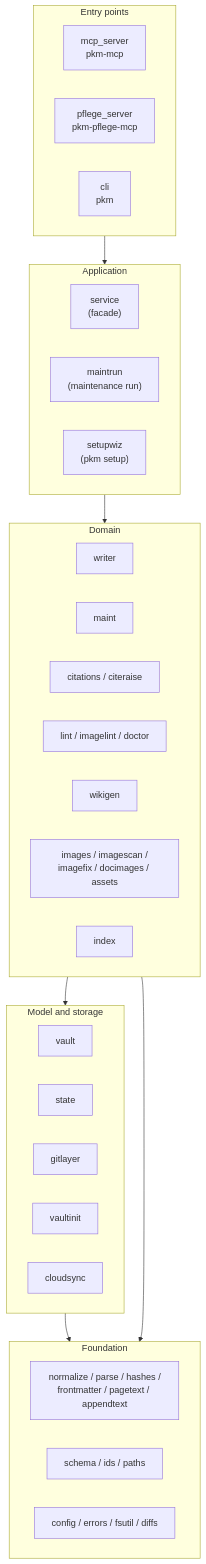
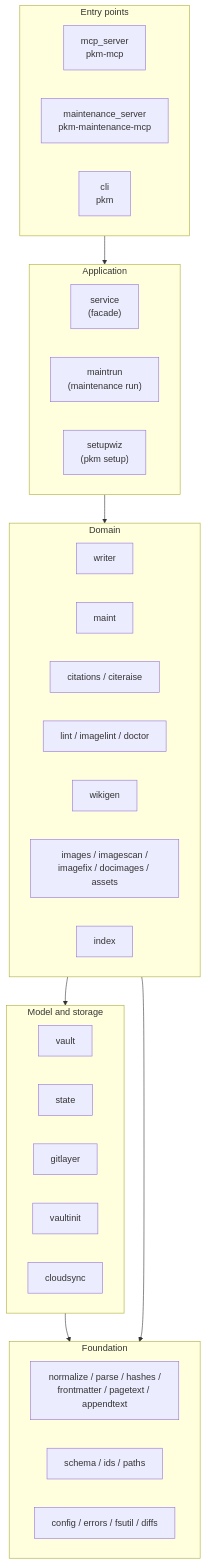
One commit to achim0x/pkm-llm-wiki changed the eighth of 22 diagrams in docs/architecture.md. Above: the diagram before and after it, drawn with Mermaid. The commit also changed other lines of this file and 19 other files, not shown here.

First line of the commit message:
Rename the maintenance server to English: pkm-maintenance

````diff
--- a/docs/architecture.md
+++ b/docs/architecture.md
@@ -448,44 +448,44 @@
 ```mermaid
 flowchart TB
     subgraph EP["Entry points"]
         direction LR
         mcp_server["mcp_server<br/>pkm-mcp"]
-        pflege_server["pflege_server<br/>pkm-pflege-mcp"]
+        maintenance_server["maintenance_server<br/>pkm-maintenance-mcp"]
         cli["cli<br/>pkm"]
     end
     subgraph APP["Application"]
         direction LR
         service["service<br/>(facade)"]
         maintrun["maintrun<br/>(maintenance run)"]
         setupwiz["setupwiz<br/>(pkm setup)"]
     end
     subgraph DOM["Domain"]
         direction LR
         writer["writer"]
         maint["maint"]
         citations["citations / citeraise"]
         lint["lint / imagelint / doctor"]
         wikigen["wikigen"]
         img["images / imagescan /<br/>imagefix / docimages / assets"]
         index["index"]
     end
     subgraph MODEL["Model and storage"]
         direction LR
         vault["vault"]
         state["state"]
         gitlayer["gitlayer"]
         vaultinit["vaultinit"]
         cloudsync["cloudsync"]
     end
     subgraph BASE["Foundation"]
         direction LR
         text["normalize / parse / hashes /<br/>frontmatter / pagetext / appendtext"]
         meta["schema / ids / paths"]
         sys["config / errors / fsutil / diffs"]
     end
     EP --> APP
     APP --> DOM
     DOM --> MODEL
     MODEL --> BASE
     DOM --> BASE
 ```
````
